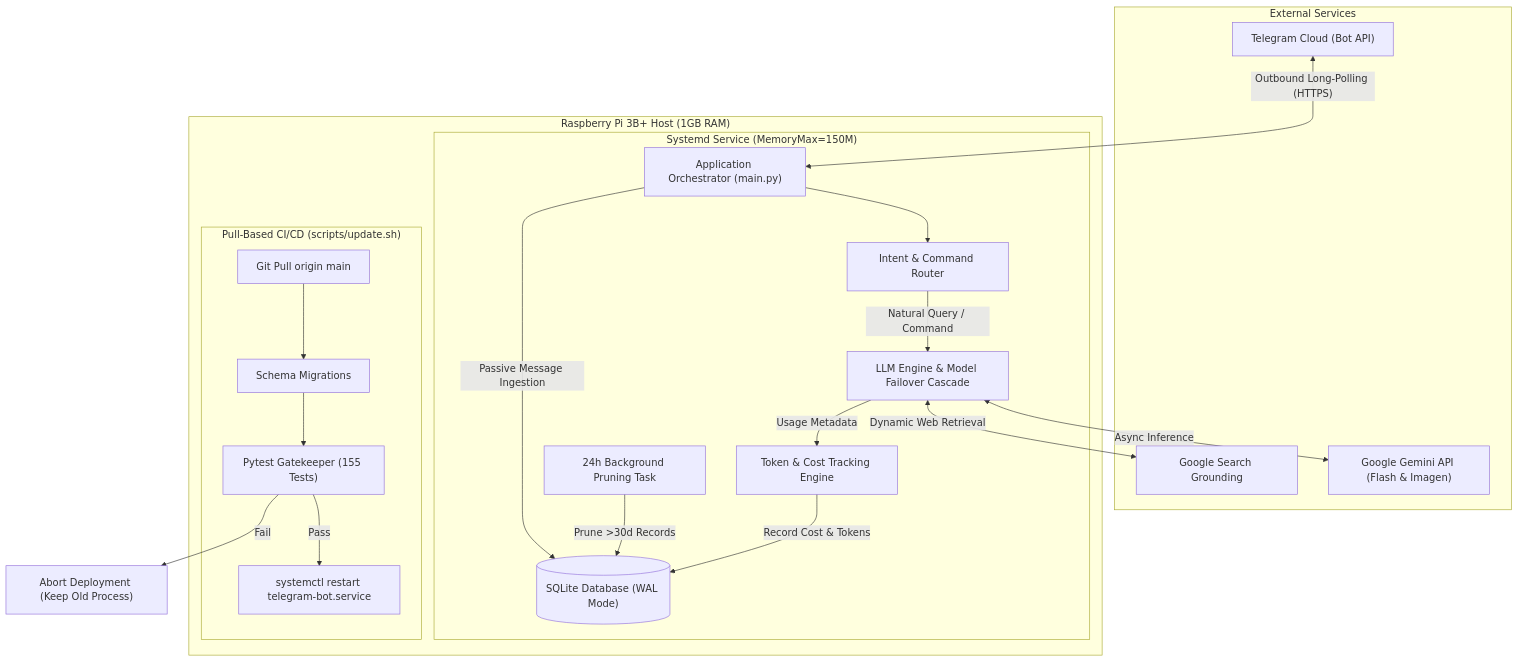
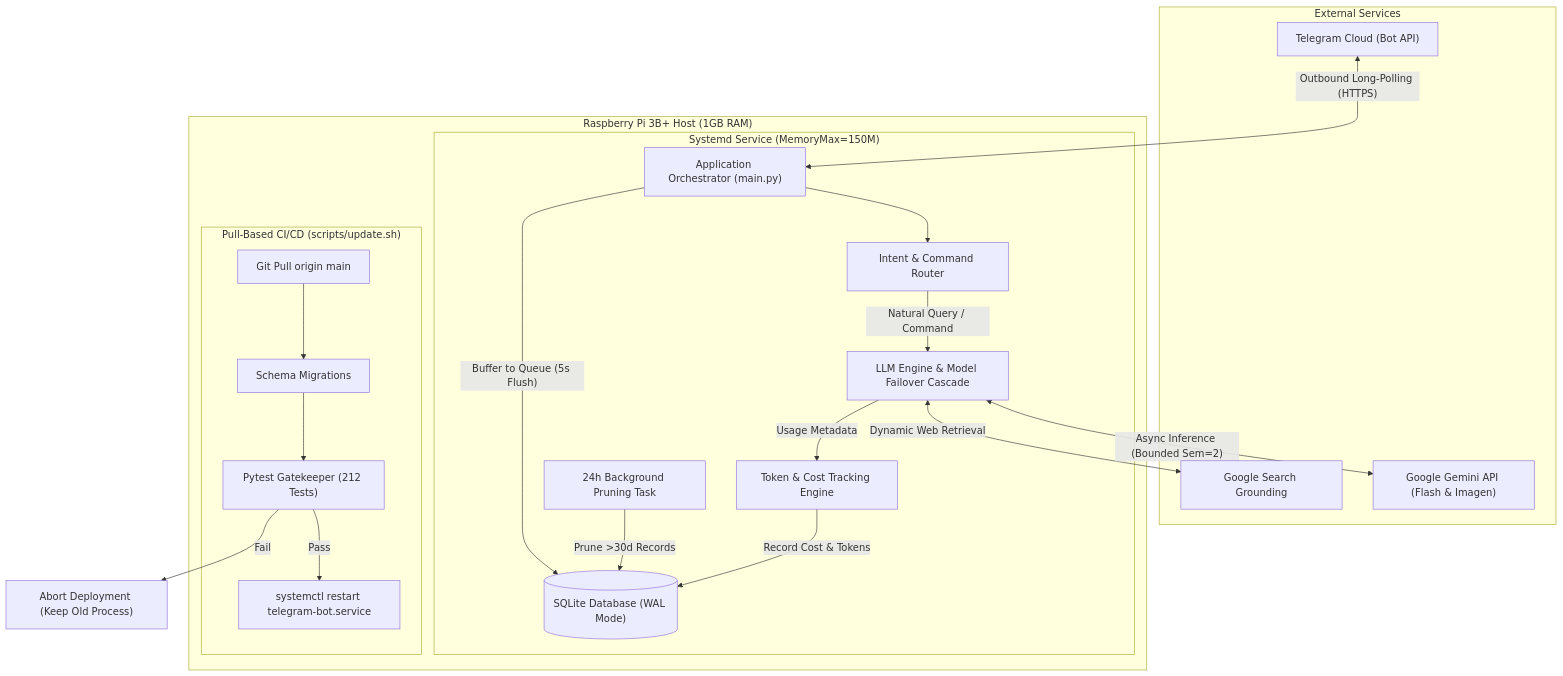
The first of 2 diagrams in README.md (TheLogDuck/pi-telegram-chat-bot), drawn with Mermaid before and after one commit. The commit also changed other lines of this file, not shown here.

Commit message:
docs: update README with 212 tests, multilingual support, and concurrency controls

````diff
--- a/README.md
+++ b/README.md
@@ -34,40 +35,40 @@
 ```mermaid
 flowchart TD
     subgraph External ["External Services"]
         TG["Telegram Cloud (Bot API)"]
         GEMINI["Google Gemini API (Flash & Imagen)"]
         GSEARCH["Google Search Grounding"]
     end
 
     subgraph EdgeDevice ["Raspberry Pi 3B+ Host (1GB RAM)"]
         subgraph SystemdUnit ["Systemd Service (MemoryMax=150M)"]
             APP["Application Orchestrator (main.py)"]
             ROUTER["Intent & Command Router"]
             LLM_ENGINE["LLM Engine & Model Failover Cascade"]
             TELEMETRY["Token & Cost Tracking Engine"]
             DB_ENGINE[("SQLite Database (WAL Mode)")]
             CLEANUP["24h Background Pruning Task"]
         end
 
         subgraph CICD ["Pull-Based CI/CD (scripts/update.sh)"]
             GIT["Git Pull origin main"]
             MIGRATE["Schema Migrations"]
-            PYTEST["Pytest Gatekeeper (155 Tests)"]
+            PYTEST["Pytest Gatekeeper (212 Tests)"]
             RELOAD["systemctl restart telegram-bot.service"]
         end
     end
 
     TG <-->|"Outbound Long-Polling (HTTPS)"| APP
     APP --> ROUTER
     ROUTER -->|"Natural Query / Command"| LLM_ENGINE
-    LLM_ENGINE <-->|"Async Inference"| GEMINI
+    LLM_ENGINE <-->|"Async Inference (Bounded Sem=2)"| GEMINI
     LLM_ENGINE <-->|"Dynamic Web Retrieval"| GSEARCH
     LLM_ENGINE -->|"Usage Metadata"| TELEMETRY
     TELEMETRY -->|"Record Cost & Tokens"| DB_ENGINE
-    APP -->|"Passive Message Ingestion"| DB_ENGINE
+    APP -->|"Buffer to Queue (5s Flush)"| DB_ENGINE
     CLEANUP -->|"Prune >30d Records"| DB_ENGINE
 
     GIT --> MIGRATE --> PYTEST
     PYTEST -->|"Pass"| RELOAD
     PYTEST -->|"Fail"| ABORT["Abort Deployment (Keep Old Process)"]
 ```
````
